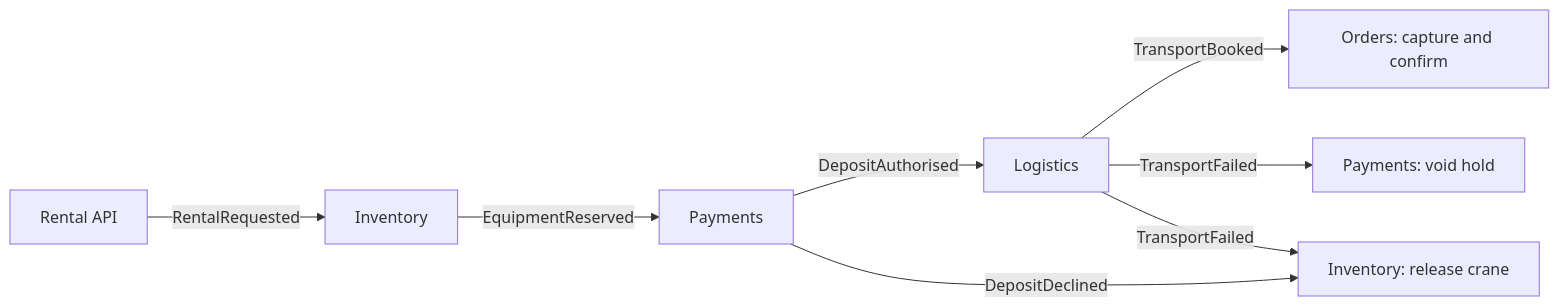
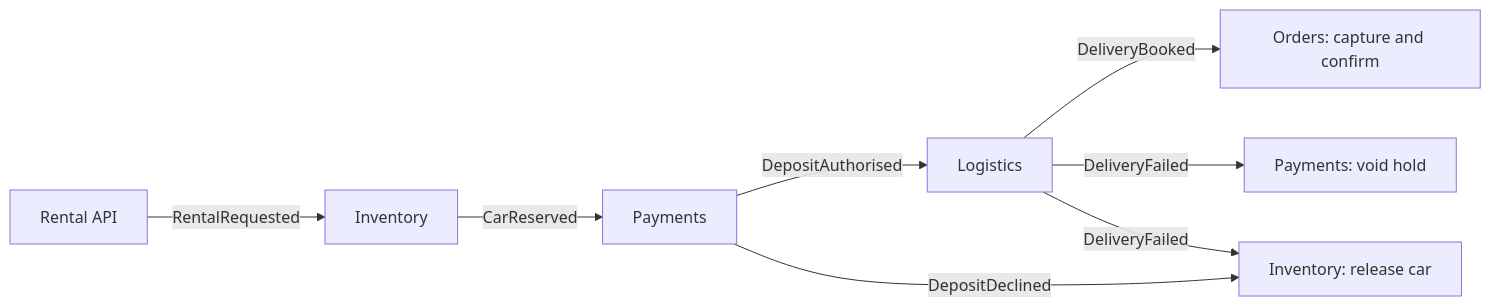
The third of 4 diagrams in content/lessons/m12/m12-sagas.md (rizwi0786/system-design-lab), drawn with Mermaid before and after one commit. The commit also changed other lines of this file and 334 other files, not shown here.

````diff
--- a/content/lessons/m12/m12-sagas.md
+++ b/content/lessons/m12/m12-sagas.md
@@ -259,10 +259,10 @@
 ```mermaid
 flowchart LR
     API["Rental API"] -->|"RentalRequested"| INV["Inventory"]
-    INV -->|"EquipmentReserved"| PAY["Payments"]
+    INV -->|"CarReserved"| PAY["Payments"]
     PAY -->|"DepositAuthorised"| LOG["Logistics"]
-    LOG -->|"TransportBooked"| ORD["Orders: capture and confirm"]
-    LOG -->|"TransportFailed"| PAY2["Payments: void hold"]
-    LOG -->|"TransportFailed"| INV2["Inventory: release crane"]
+    LOG -->|"DeliveryBooked"| ORD["Orders: capture and confirm"]
+    LOG -->|"DeliveryFailed"| PAY2["Payments: void hold"]
+    LOG -->|"DeliveryFailed"| INV2["Inventory: release car"]
     PAY -->|"DepositDeclined"| INV2
 ```
````
